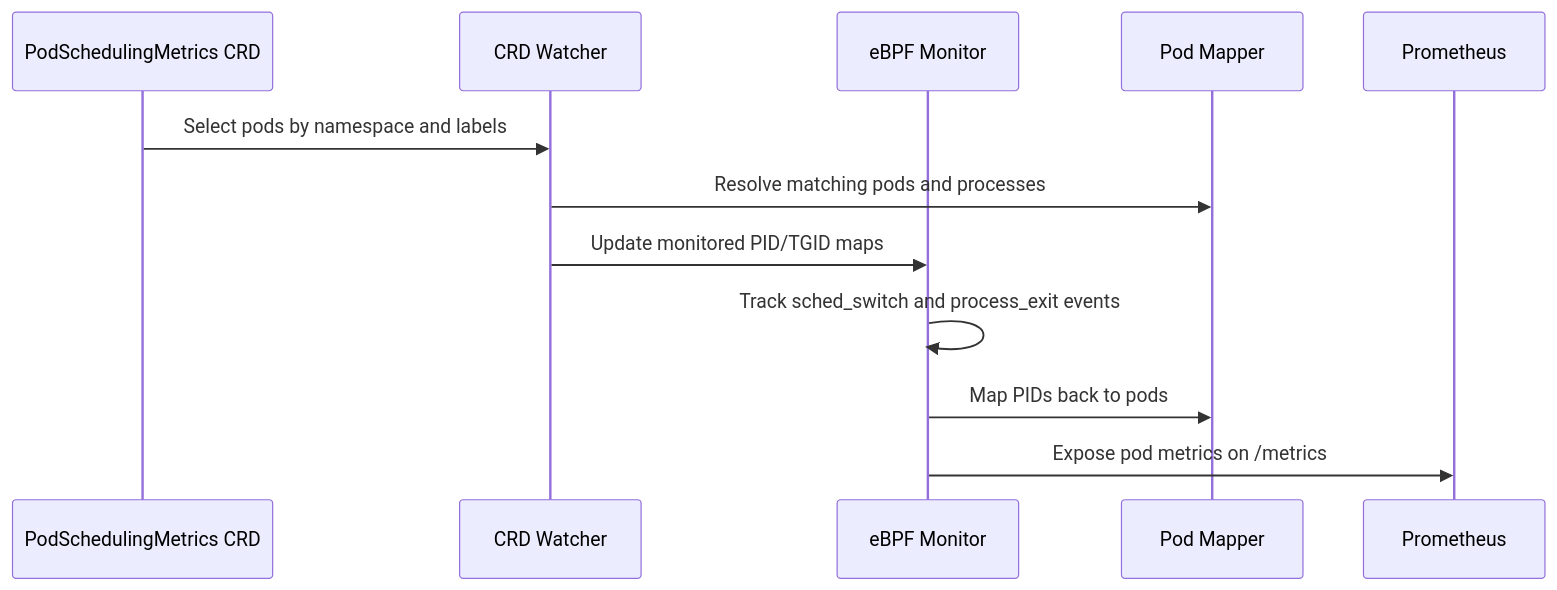
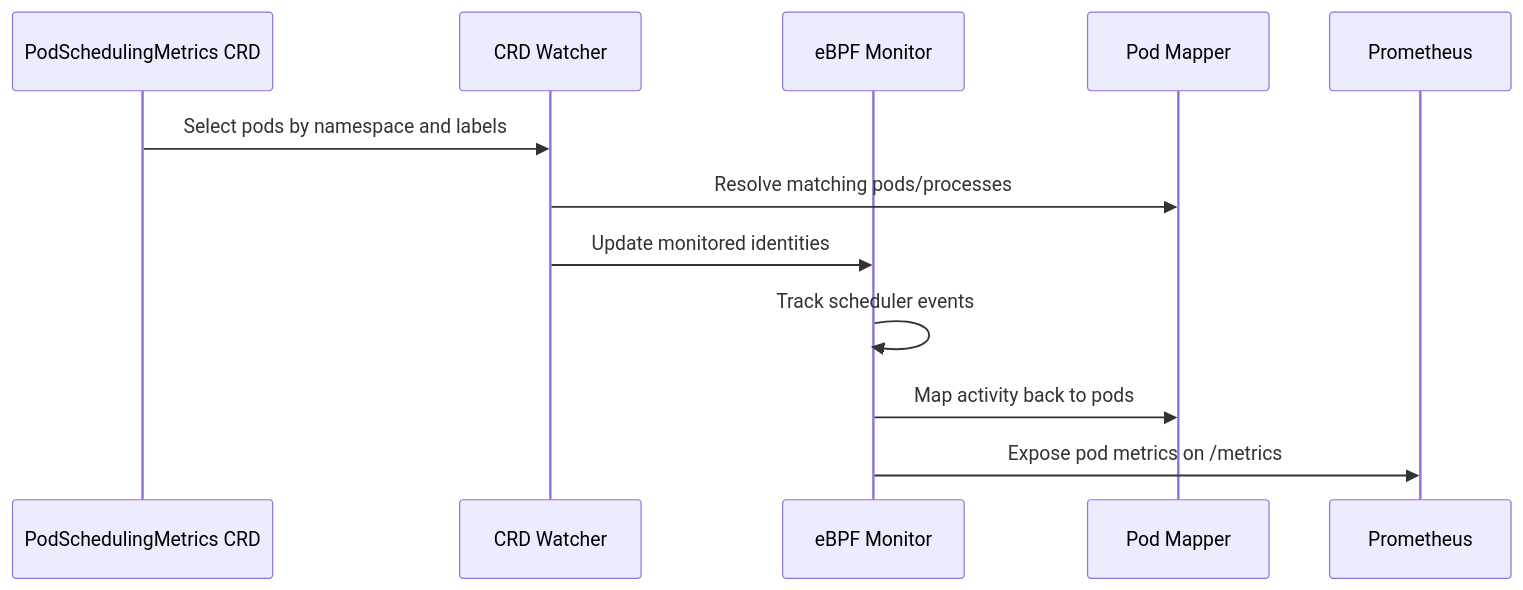
One commit to Gthulhu/docs changed the second of 3 diagrams in docs/how-it-works.md. Above: the diagram before and after it, drawn with Mermaid. The commit also changed other lines of this file, not shown here.

````diff
--- a/docs/how-it-works.md
+++ b/docs/how-it-works.md
@@ -80,15 +59,15 @@
 ```mermaid
 sequenceDiagram
     participant C as PodSchedulingMetrics CRD
     participant W as CRD Watcher
     participant B as eBPF Monitor
     participant P as Pod Mapper
     participant M as Prometheus
 
     C->>W: Select pods by namespace and labels
-    W->>P: Resolve matching pods and processes
-    W->>B: Update monitored PID/TGID maps
-    B->>B: Track sched_switch and process_exit events
-    B->>P: Map PIDs back to pods
+    W->>P: Resolve matching pods/processes
+    W->>B: Update monitored identities
+    B->>B: Track scheduler events
+    B->>P: Map activity back to pods
     B->>M: Expose pod metrics on /metrics
 ```
````
